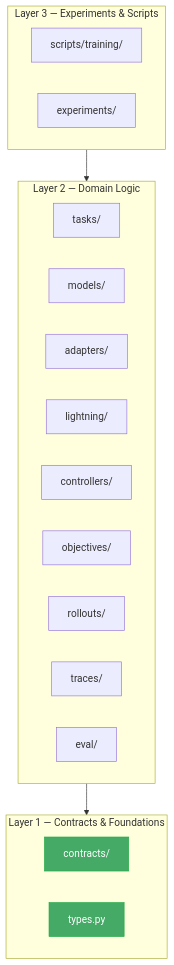
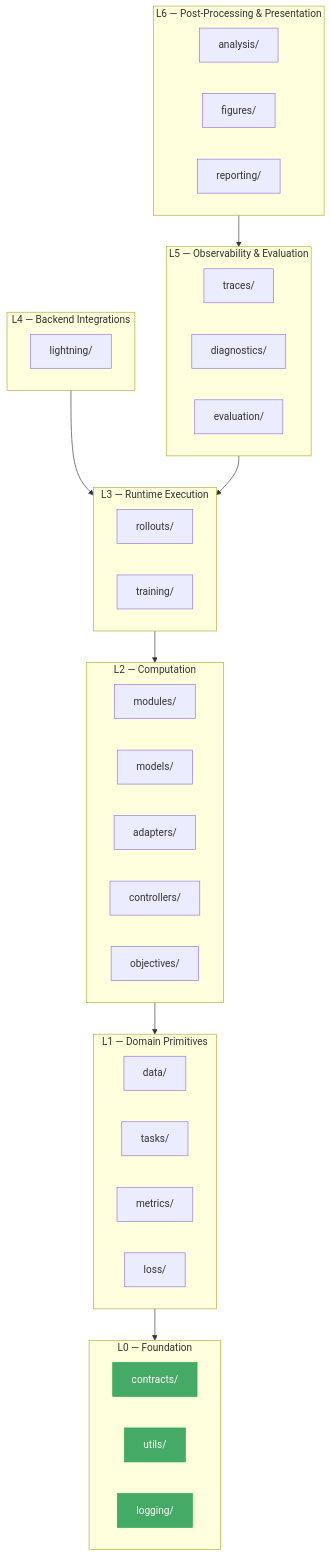
Before and after one commit to BorjaEst/ehc-sn: the diagram in docs/docs/design/contracts.md, drawn with Mermaid. The commit also changed other lines of this file and 358 other files, not shown here.

````diff
--- a/docs/docs/design/contracts.md
+++ b/docs/docs/design/contracts.md
@@ -16,28 +24,55 @@
 ```mermaid
 flowchart TB
-    subgraph Layer3["Layer 3 — Experiments & Scripts"]
-        scripts["scripts/training/"]
-        experiments["experiments/"]
+    subgraph L0["L0 — Foundation"]
+        contracts["contracts/"]
+        utils["utils/"]
+        logging["logging/"]
     end
-    subgraph Layer2["Layer 2 — Domain Logic"]
+
+    subgraph L1["L1 — Domain Primitives"]
+        data["data/"]
         tasks["tasks/"]
+        metrics["metrics/"]
+        loss["loss/"]
+    end
+
+    subgraph L2["L2 — Computation"]
+        modules["modules/"]
         models["models/"]
         adapters["adapters/"]
-        lightning["lightning/"]
         controllers["controllers/"]
         objectives["objectives/"]
-        rollouts["rollouts/"]
-        traces["traces/"]
-        eval["eval/"]
-    end
-    subgraph Layer1["Layer 1 — Contracts & Foundations"]
-        contracts["contracts/"]
-        types["types.py"]
     end
 
-    Layer3 --> Layer2
-    Layer2 --> Layer1
+    subgraph L3["L3 — Runtime Execution"]
+        rollouts["rollouts/"]
+        training["training/"]
+    end
+
+    subgraph L4["L4 — Backend Integrations"]
+        lightning["lightning/"]
+    end
+
+    subgraph L5["L5 — Observability & Evaluation"]
+        traces["traces/"]
+        diagnostics["diagnostics/"]
+        evaluation["evaluation/"]
+    end
+
+    subgraph L6["L6 — Post-Processing & Presentation"]
+        analysis["analysis/"]
+        figures["figures/"]
+        reporting["reporting/"]
+    end
+
+    L1 --> L0
+    L2 --> L1
+    L3 --> L2
+    L4 --> L3
+    L5 --> L3
+    L6 --> L5
 
     style contracts fill:#4a6,stroke:#2a4,color:#fff
-    style types fill:#4a6,stroke:#2a4,color:#fff
+    style utils fill:#4a6,stroke:#2a4,color:#fff
+    style logging fill:#4a6,stroke:#2a4,color:#fff
 ```
````
